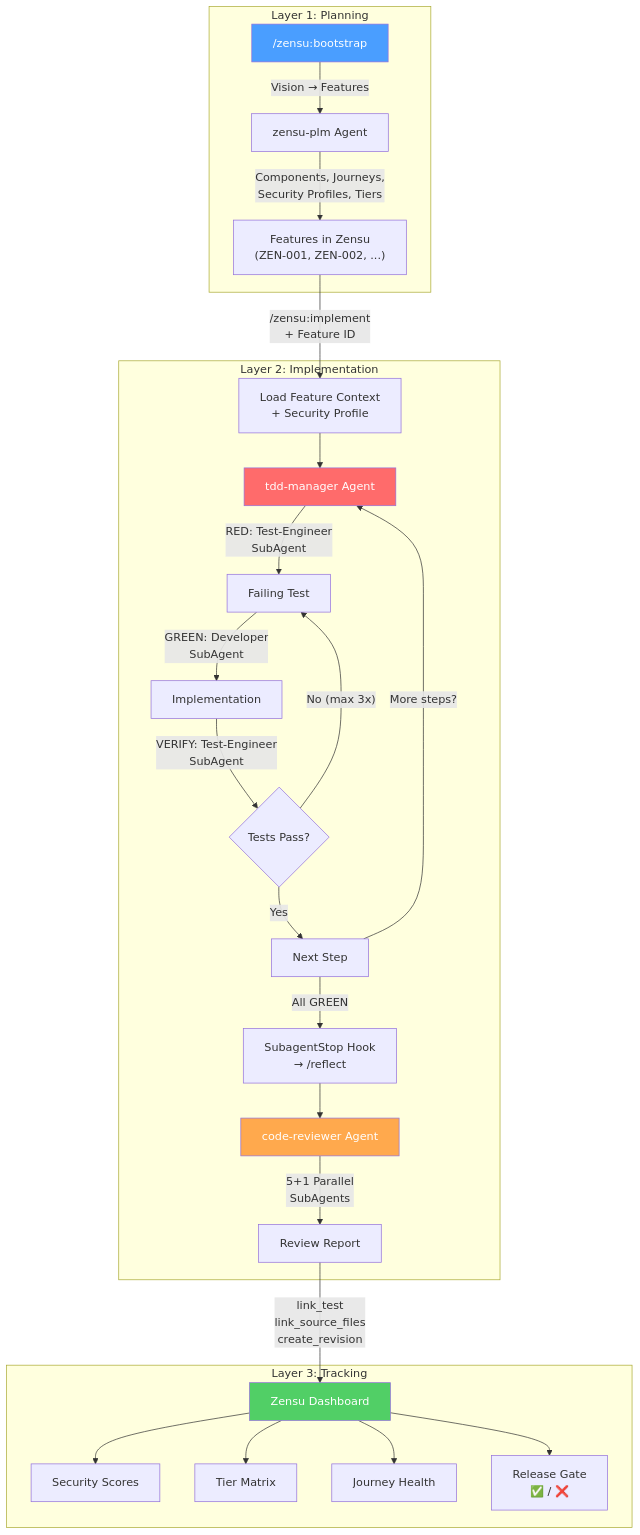
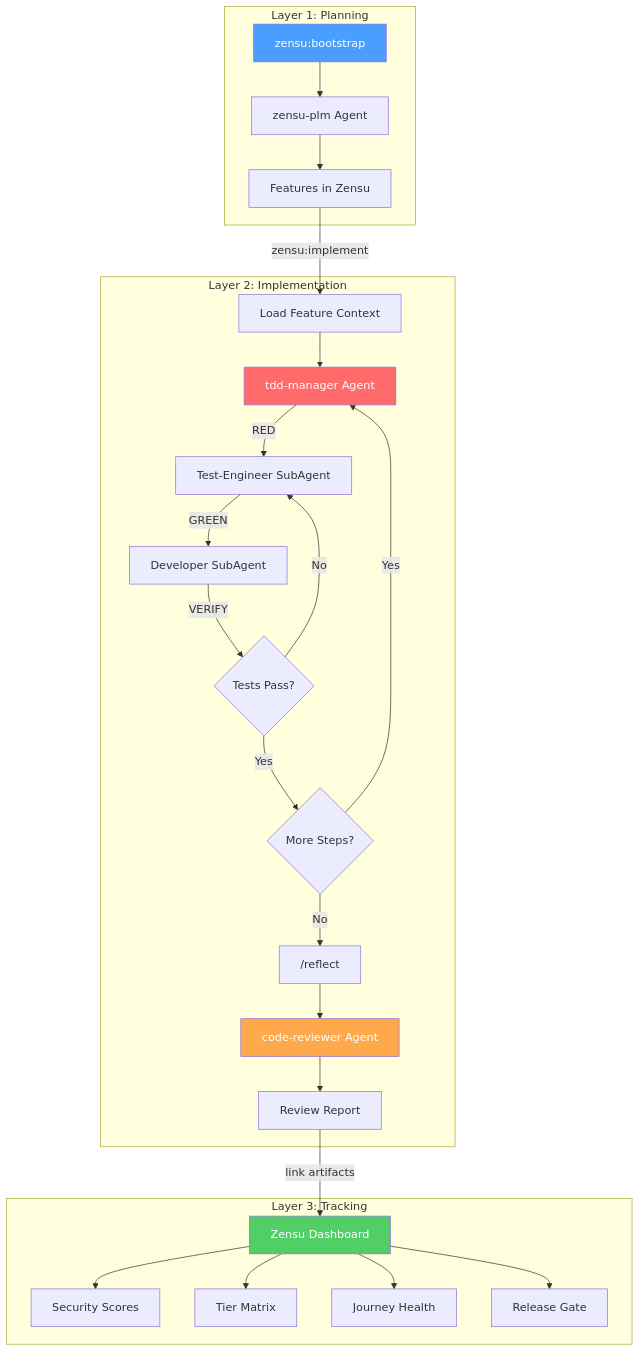
Before and after one commit to MKITConsulting/zensu-claude-code: the diagram in README.md, drawn with Mermaid.

Commit message:
fix(docs): simplify mermaid diagram for cross-renderer compatibility

````diff
--- a/README.md
+++ b/README.md
@@ -25,34 +25,34 @@
 ```mermaid
 flowchart TD
-    subgraph "Layer 1: Planning"
-        A["/zensu:bootstrap"] -->|"Vision → Features"| B["zensu-plm Agent"]
-        B -->|"Components, Journeys,\nSecurity Profiles, Tiers"| C["Features in Zensu\n(ZEN-001, ZEN-002, ...)"]
+    subgraph Planning["Layer 1: Planning"]
+        A["zensu:bootstrap"] --> B["zensu-plm Agent"]
+        B --> C["Features in Zensu"]
     end
 
-    subgraph "Layer 2: Implementation"
-        C -->|"/zensu:implement\n+ Feature ID"| D["Load Feature Context\n+ Security Profile"]
+    subgraph Implementation["Layer 2: Implementation"]
+        C -->|"zensu:implement"| D["Load Feature Context"]
         D --> E["tdd-manager Agent"]
-        E -->|"RED: Test-Engineer\nSubAgent"| F["Failing Test"]
-        F -->|"GREEN: Developer\nSubAgent"| G["Implementation"]
-        G -->|"VERIFY: Test-Engineer\nSubAgent"| H{"Tests Pass?"}
-        H -->|"No (max 3x)"| F
-        H -->|"Yes"| I["Next Step"]
-        I -->|"More steps?"| E
-        I -->|"All GREEN"| J["SubagentStop Hook\n→ /reflect"]
+        E -->|"RED"| F["Test-Engineer SubAgent"]
+        F -->|"GREEN"| G["Developer SubAgent"]
+        G -->|"VERIFY"| H{"Tests Pass?"}
+        H -->|"No"| F
+        H -->|"Yes"| I{"More Steps?"}
+        I -->|"Yes"| E
+        I -->|"No"| J["/reflect"]
         J --> K["code-reviewer Agent"]
-        K -->|"5+1 Parallel\nSubAgents"| L["Review Report"]
+        K --> L["Review Report"]
     end
 
-    subgraph "Layer 3: Tracking"
-        L -->|"link_test\nlink_source_files\ncreate_revision"| M["Zensu Dashboard"]
+    subgraph Tracking["Layer 3: Tracking"]
+        L -->|"link artifacts"| M["Zensu Dashboard"]
         M --> N["Security Scores"]
         M --> O["Tier Matrix"]
         M --> P["Journey Health"]
-        M --> Q["Release Gate\n✅ / ❌"]
+        M --> Q["Release Gate"]
     end
 
     style A fill:#4a9eff,color:#fff
     style E fill:#ff6b6b,color:#fff
     style K fill:#ffa94d,color:#fff
     style M fill:#51cf66,color:#fff
 ```
````
